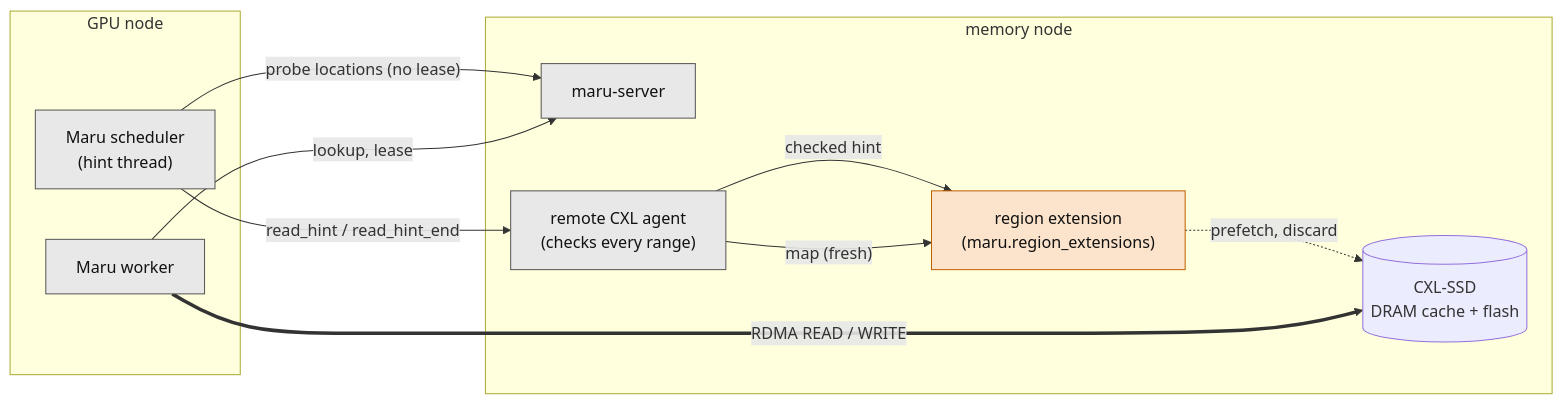
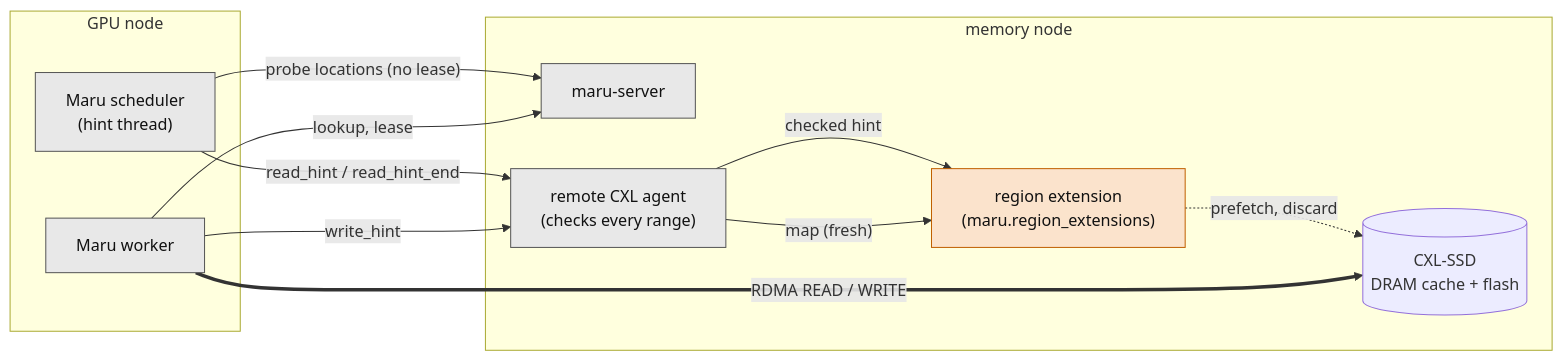
Before and after one commit to xcena-dev/maru: the first of 2 diagrams in docs/source/design_doc/read_hints.md, drawn with Mermaid. The commit also changed other lines of this file and 2 other files, not shown here.

Commit message:
docs: write hints, store waits and read promotes

````diff
--- a/docs/source/design_doc/read_hints.md
+++ b/docs/source/design_doc/read_hints.md
@@ -21,24 +24,25 @@
 ```mermaid
 flowchart LR
   subgraph gpu["GPU node"]
     sch["Maru scheduler<br/>(hint thread)"]
     wrk["Maru worker"]
   end
   subgraph mem["memory node"]
     ms["maru-server"]
     ag["remote CXL agent<br/>(checks every range)"]
     ext["region extension<br/>(maru.region_extensions)"]
     dev[("CXL-SSD<br/>DRAM cache + flash")]
   end
   sch -->|"probe locations (no lease)"| ms
   sch -->|"read_hint / read_hint_end"| ag
   ag -->|"checked hint"| ext
   ag -->|"map (fresh)"| ext
   ext -.->|"prefetch, discard"| dev
+  wrk -->|"write_hint"| ag
   wrk -->|"lookup, lease"| ms
   wrk ==>|"RDMA READ / WRITE"| dev
   classDef maru fill:#e8e8e8,stroke:#555,color:#111
   classDef pkg fill:#fbe3cc,stroke:#c06000,color:#111
   class sch,wrk,ms,ag maru
   class ext pkg
 ```
````
